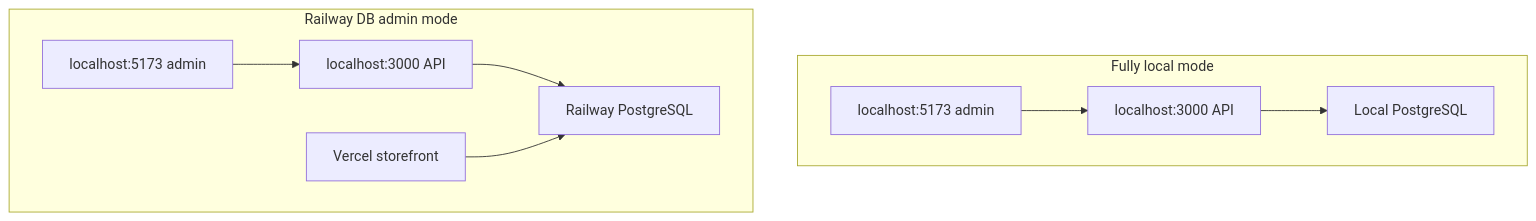
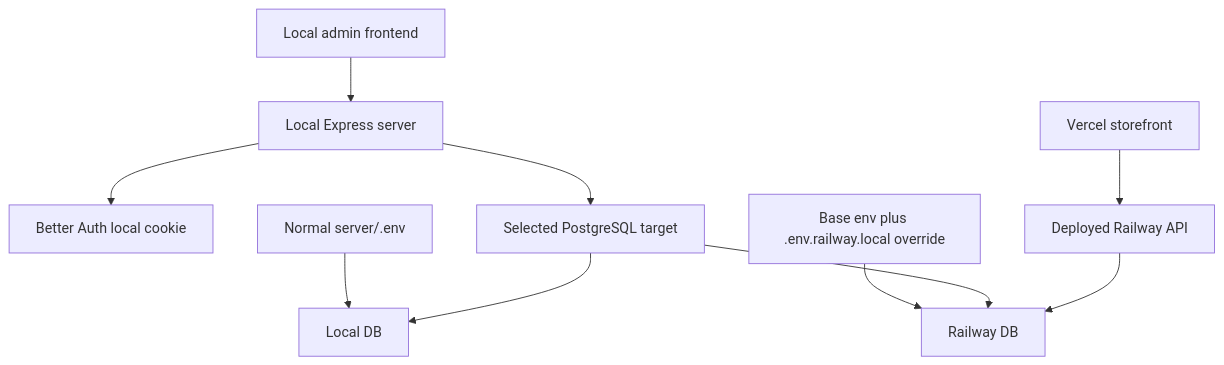
One commit to alvarezaaronAI/doggy-ent changed the second of 2 diagrams in doggy_ent_vue/docs/architecture/auth-roadmap.md. Above: the diagram before and after it, drawn with Mermaid. The commit also changed other lines of this file and 101 other files, not shown here.

````diff
--- a/doggy_ent_vue/docs/architecture/auth-roadmap.md
+++ b/doggy_ent_vue/docs/architecture/auth-roadmap.md
@@ -103,13 +81,12 @@
 ```mermaid
 flowchart TB
-  subgraph LocalMode["Fully local mode"]
-    LocalClient["localhost:5173 admin"] --> LocalServer["localhost:3000 API"]
-    LocalServer --> LocalDB["Local PostgreSQL"]
-  end
-
-  subgraph RailwayMode["Railway DB admin mode"]
-    LocalClient2["localhost:5173 admin"] --> LocalServer2["localhost:3000 API"]
-    LocalServer2 --> RailwayDB["Railway PostgreSQL"]
-    VercelStorefront["Vercel storefront"] --> RailwayDB
-  end
+  LocalClient["Local admin frontend"] --> LocalServer["Local Express server"]
+  LocalServer --> Auth["Better Auth local cookie"]
+  LocalServer --> SelectedDB["Selected PostgreSQL target"]
+  LocalMode["Normal server/.env"] --> LocalDB["Local DB"]
+  RailwayMode["Base env plus .env.railway.local override"] --> RailwayDB["Railway DB"]
+  SelectedDB --> LocalDB
+  SelectedDB --> RailwayDB
+  Storefront["Vercel storefront"] --> RailwayAPI["Deployed Railway API"]
+  RailwayAPI --> RailwayDB
 ```
````
